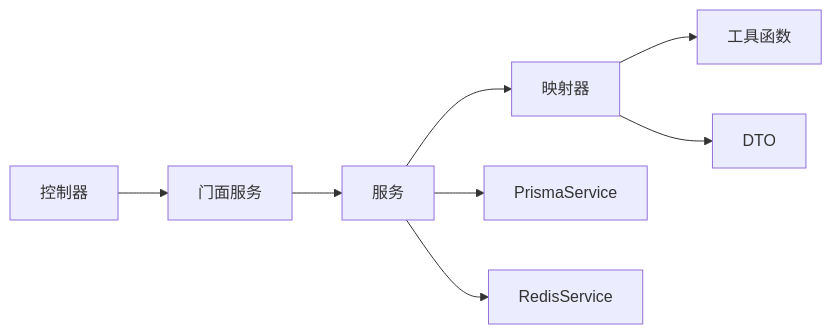
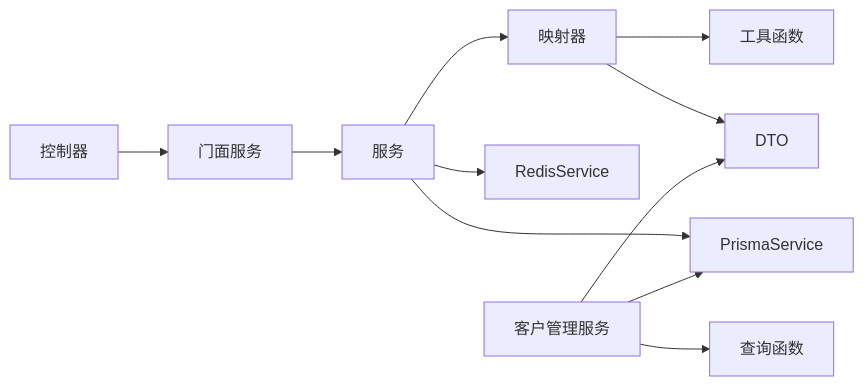
The fifth of 5 diagrams in .qoder/repowiki/zh/content/业务模块/营销推广模块/客户概览.md (rc558620/purelyprofit-server), drawn with Mermaid before and after one commit. The commit also changed other lines of this file and 93 other files, not shown here.

````diff
--- a/.qoder/repowiki/zh/content/业务模块/营销推广模块/客户概览.md
+++ b/.qoder/repowiki/zh/content/业务模块/营销推广模块/客户概览.md
@@ -204,10 +293,13 @@
 ```mermaid
 graph LR
 Ctrl["控制器"] --> Facade["门面服务"]
 Facade --> Svc["服务"]
 Svc --> Mapper["映射器"]
 Mapper --> Utils["工具函数"]
 Svc --> Prisma["PrismaService"]
 Svc --> Redis["RedisService"]
 Mapper --> DTO["DTO"]
+CS["客户管理服务"] --> Q["查询函数"]
+CS --> Prisma
+CS --> DTO
 ```
````
